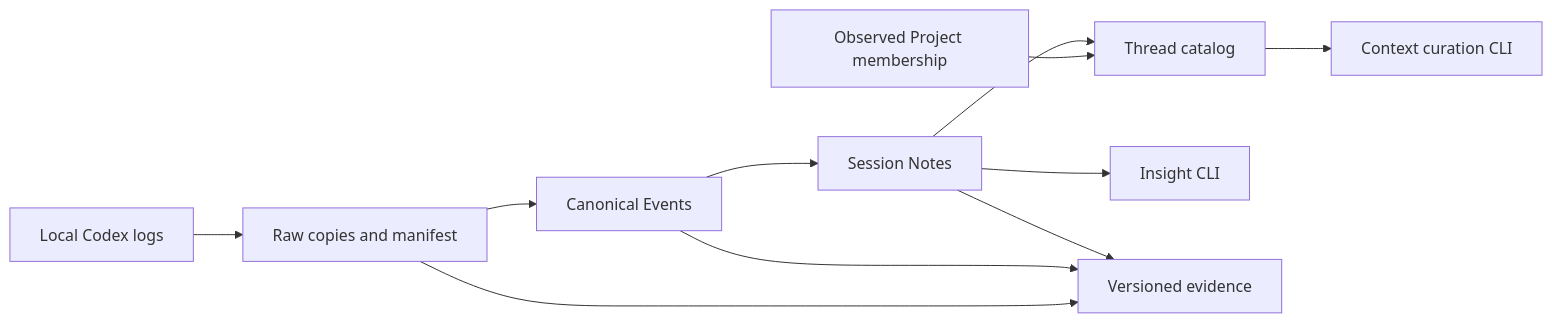
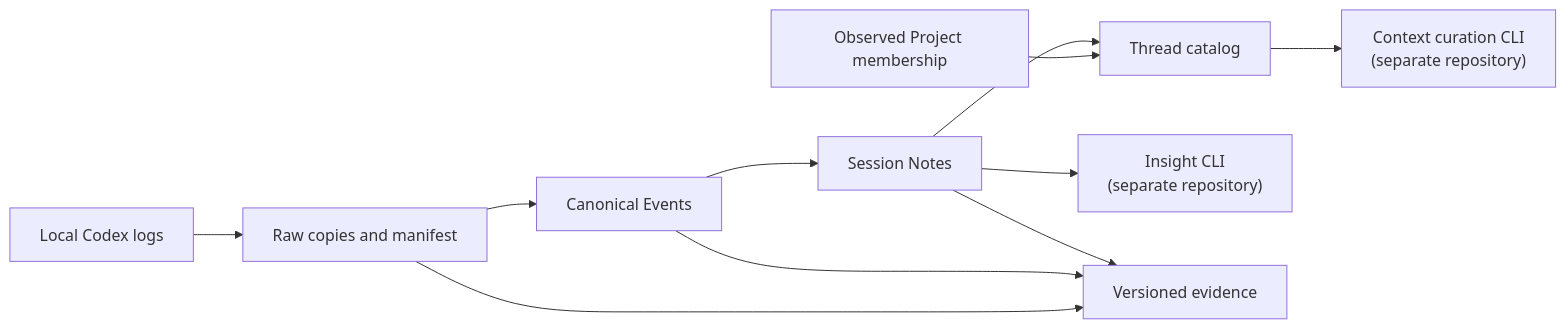
Before and after one commit to tuckn/tkn_codex_chat_note_pipeline: the first of 2 diagrams in README.md, drawn with Mermaid. The commit also changed other lines of this file and 28 other files, not shown here.

```diff
--- a/README.md
+++ b/README.md
@@ -186,13 +288,13 @@
 ~~~mermaid
 flowchart LR
     L["Local Codex logs"] --> R["Raw copies and manifest"]
     R --> E["Canonical Events"]
     E --> T["Session Notes"]
     M["Observed Project membership"] --> C["Thread catalog"]
     T --> C
-    C --> U["Context curation CLI"]
-    T --> I["Insight CLI"]
+    C --> U["Context curation CLI<br/>(separate repository)"]
+    T --> I["Insight CLI<br/>(separate repository)"]
     R --> P["Versioned evidence"]
     E --> P
     T --> P
 ~~~
```
